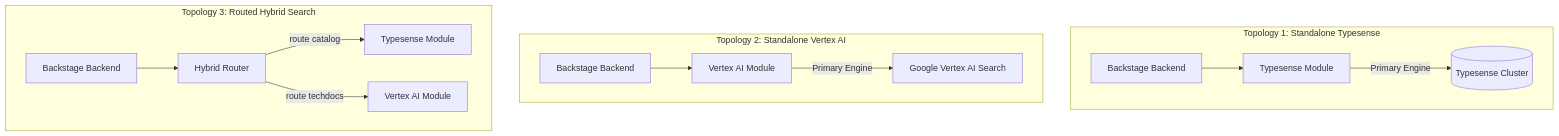
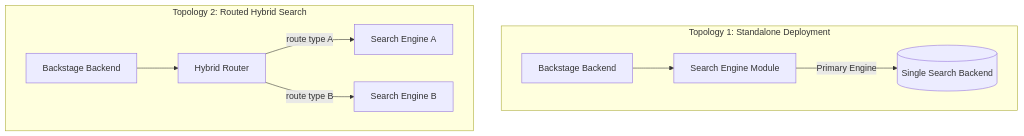
One commit to cooldemos/community-plugins changed the third of 7 diagrams in workspaces/hybrid-search/docs/architecture.md. Above: the diagram before and after it, drawn with Mermaid. The commit also changed other lines of this file, not shown here.

Commit message:
docs: generalize hybrid search architecture document to conceptual routing focus

````diff
--- a/workspaces/hybrid-search/docs/architecture.md
+++ b/workspaces/hybrid-search/docs/architecture.md
@@ -91,18 +86,13 @@
 ```mermaid
 graph TD
-    subgraph Topology 1: Standalone Typesense
-        BS_1[Backstage Backend] --> TS_1[Typesense Module]
-        TS_1 -->|Primary Engine| TS_Server[(Typesense Cluster)]
+    subgraph Topology 1: Standalone Deployment
+        BS_1[Backstage Backend] --> Engine_1[Search Engine Module]
+        Engine_1 -->|Primary Engine| Server[(Single Search Backend)]
     end
 
-    subgraph Topology 2: Standalone Vertex AI
-        BS_2[Backstage Backend] --> VAI_2[Vertex AI Module]
-        VAI_2 -->|Primary Engine| GCP_VAI[Google Vertex AI Search]
-    end
-
-    subgraph Topology 3: Routed Hybrid Search
+    subgraph Topology 2: Routed Hybrid Search
         BS_3[Backstage Backend] --> Router_3[Hybrid Router]
-        Router_3 -->|route catalog| TS_3[Typesense Module]
-        Router_3 -->|route techdocs| VAI_3[Vertex AI Module]
+        Router_3 -->|route type A| TS_3[Search Engine A]
+        Router_3 -->|route type B| VAI_3[Search Engine B]
     end
 ```
````
